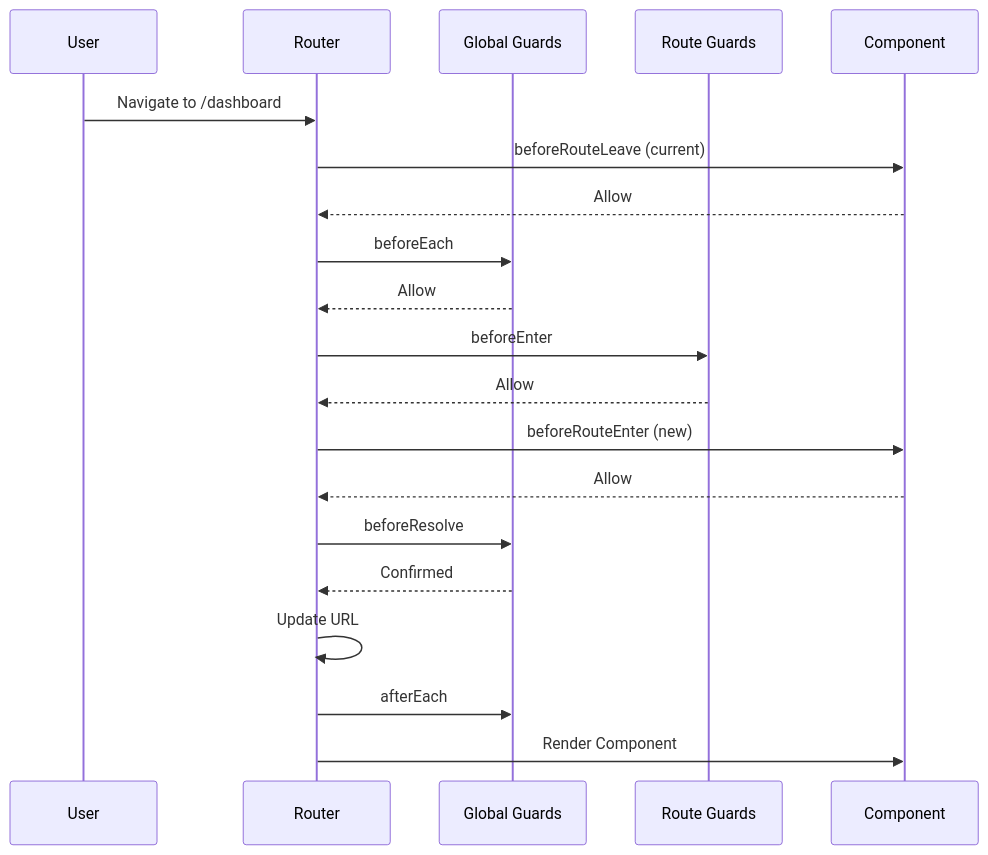
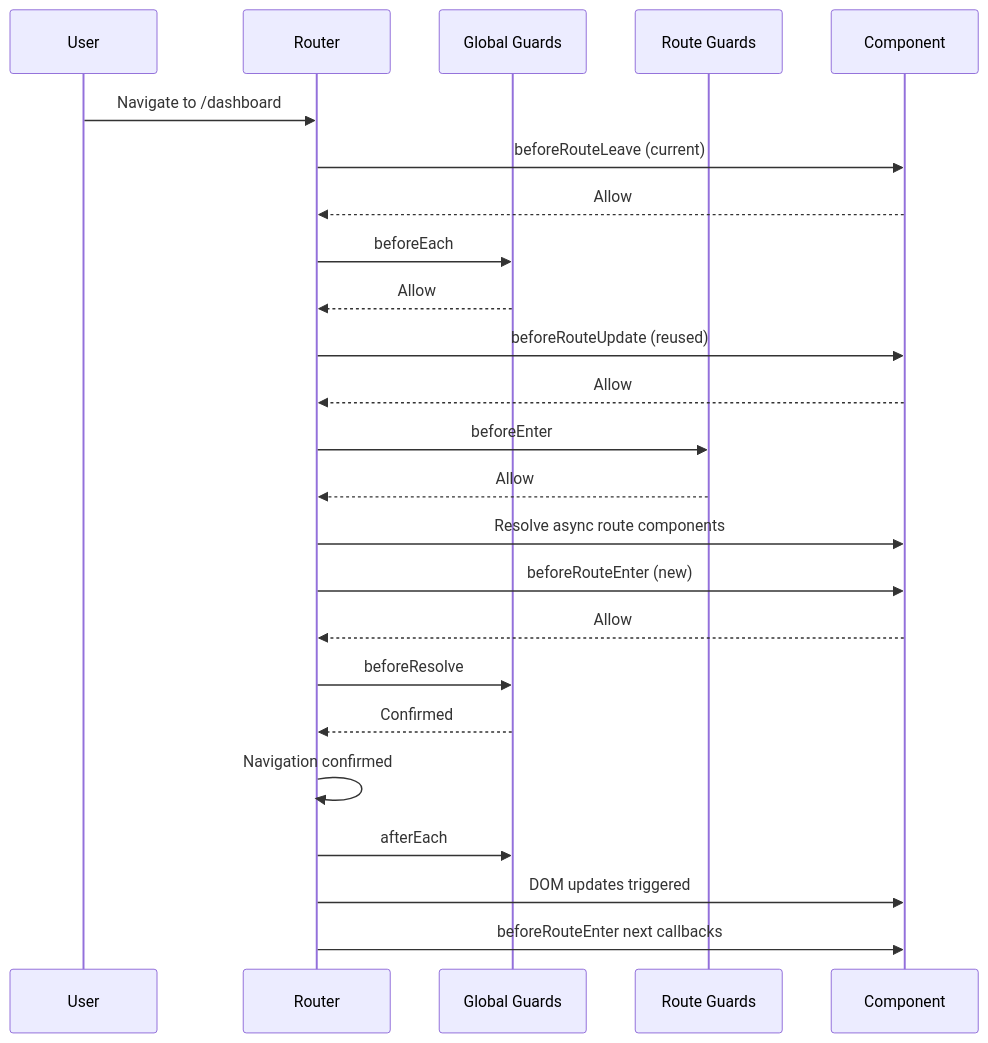
One commit to OneUptime/blog changed the second of 2 diagrams in posts/2026-01-24-vue-router-navigation-guards/README.md. Above: the diagram before and after it, drawn with Mermaid. The commit also changed other lines of this file and 876 other files, not shown here.

````diff
--- a/posts/2026-01-24-vue-router-navigation-guards/README.md
+++ b/posts/2026-01-24-vue-router-navigation-guards/README.md
@@ -403,23 +408,27 @@
 ```mermaid
 sequenceDiagram
     participant U as User
     participant R as Router
     participant G as Global Guards
     participant RG as Route Guards
     participant C as Component
 
     U->>R: Navigate to /dashboard
     R->>C: beforeRouteLeave (current)
     C-->>R: Allow
     R->>G: beforeEach
     G-->>R: Allow
+    R->>C: beforeRouteUpdate (reused)
+    C-->>R: Allow
     R->>RG: beforeEnter
     RG-->>R: Allow
+    R->>C: Resolve async route components
     R->>C: beforeRouteEnter (new)
     C-->>R: Allow
     R->>G: beforeResolve
     G-->>R: Confirmed
-    R->>R: Update URL
+    R->>R: Navigation confirmed
     R->>G: afterEach
-    R->>C: Render Component
+    R->>C: DOM updates triggered
+    R->>C: beforeRouteEnter next callbacks
 ```
````
